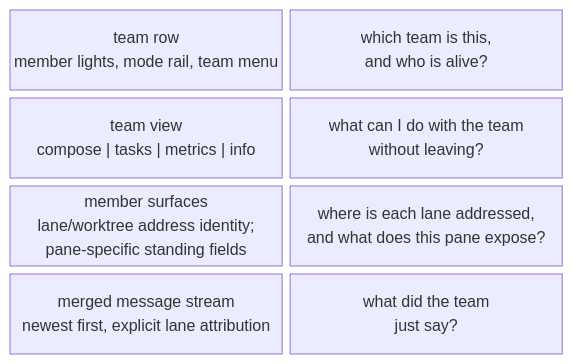
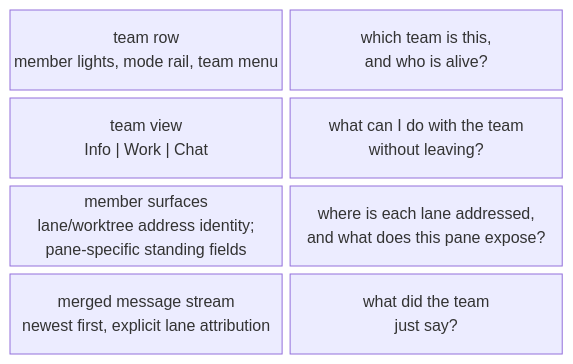
Diagram 16 of 25 in docs/product/value.md (infimalabs/spice-rust), drawn with Mermaid before and after one commit. The commit also changed other lines of this file and 42 other files, not shown here.

Commit message:
Rename Canvas panels to Info Work and Chat

````diff
--- a/docs/product/value.md
+++ b/docs/product/value.md
@@ -378,8 +385,8 @@
 ```mermaid
 block-beta
   columns 2
   T["team row<br/>member lights, mode rail, team menu"] q1["which team is this,<br/>and who is alive?"]
-  V["team view<br/>compose | tasks | metrics | info"] q2["what can I do with the team<br/>without leaving?"]
+  V["team view<br/>Info | Work | Chat"] q2["what can I do with the team<br/>without leaving?"]
   S["member surfaces<br/>lane/worktree address identity;<br/>pane-specific standing fields"] q3["where is each lane addressed,<br/>and what does this pane expose?"]
   M["merged message stream<br/>newest first, explicit lane attribution"] q4["what did the team<br/>just say?"]
 ```
````
